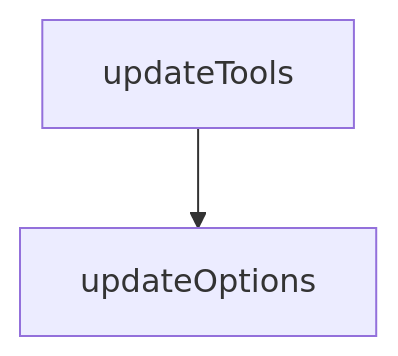
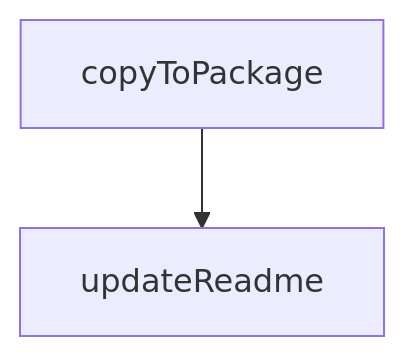
One commit to johnxie/awesome-code-docs changed the diagram in tutorials/playwright-mcp-tutorial/04-configuration-capabilities-and-runtime-modes.md. Above: the diagram before and after it, drawn with Mermaid. The commit also changed other lines of this file and 104 other files, not shown here.

````diff
--- a/tutorials/playwright-mcp-tutorial/04-configuration-capabilities-and-runtime-modes.md
+++ b/tutorials/playwright-mcp-tutorial/04-configuration-capabilities-and-runtime-modes.md
@@ -132,6 +111,6 @@
 ```mermaid
 flowchart TD
-    A[updateTools]
-    B[updateOptions]
+    A[copyToPackage]
+    B[updateReadme]
     A --> B
 ```
````
